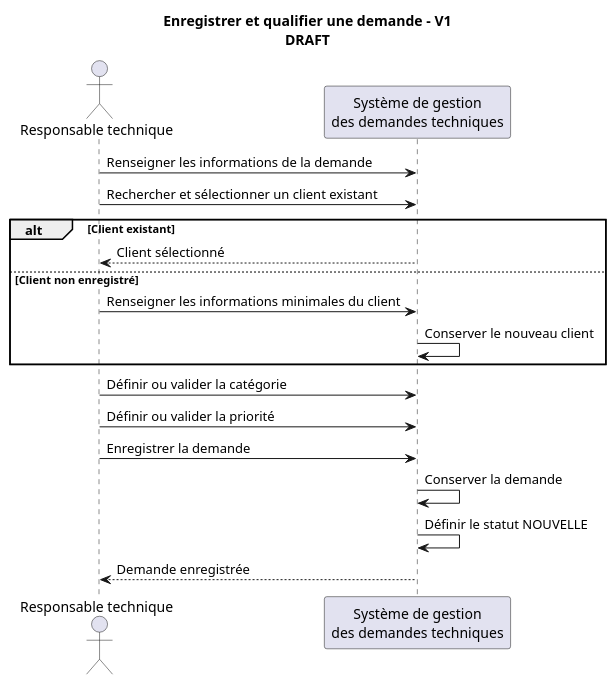
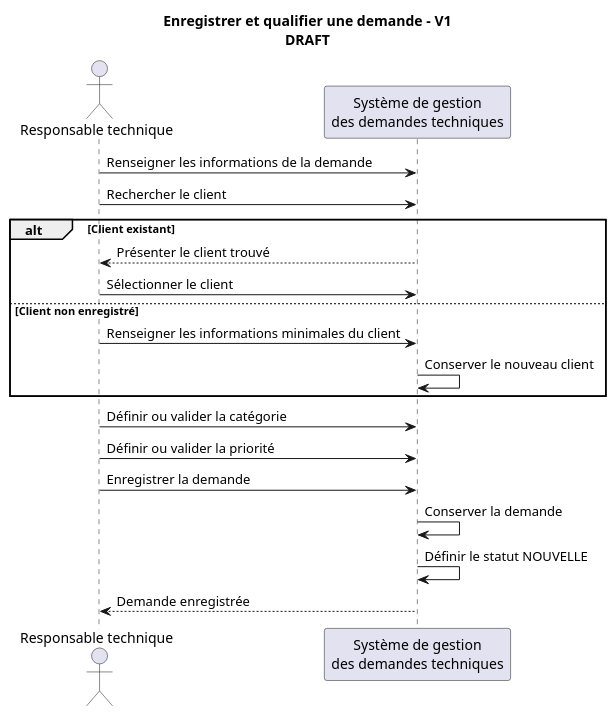
The diagram in docs/uml/sequence/register-qualify-request-v1.puml (akrouty/gestion-demandes-techniques), drawn with PlantUML before and after one commit. The commit also changed 5 other files, not shown here.

Commit message:
uml condition + etat draf diagramme

```diff
--- a/docs/uml/sequence/register-qualify-request-v1.puml
+++ b/docs/uml/sequence/register-qualify-request-v1.puml
@@ -1,26 +1,27 @@
 @startuml
 
 ' Statut : DRAFT
 title Enregistrer et qualifier une demande - V1\nDRAFT
 
 actor "Responsable technique" as RT
 participant "Système de gestion\ndes demandes techniques" as SYSTEM
 
 RT -> SYSTEM : Renseigner les informations de la demande
-RT -> SYSTEM : Rechercher et sélectionner un client existant
+RT -> SYSTEM : Rechercher le client
 
 alt Client existant
-  SYSTEM --> RT : Client sélectionné
+  SYSTEM --> RT : Présenter le client trouvé
+  RT -> SYSTEM : Sélectionner le client
 else Client non enregistré
   RT -> SYSTEM : Renseigner les informations minimales du client
   SYSTEM -> SYSTEM : Conserver le nouveau client
 end
 
 RT -> SYSTEM : Définir ou valider la catégorie
 RT -> SYSTEM : Définir ou valider la priorité
 RT -> SYSTEM : Enregistrer la demande
 SYSTEM -> SYSTEM : Conserver la demande
 SYSTEM -> SYSTEM : Définir le statut NOUVELLE
 SYSTEM --> RT : Demande enregistrée
 
 @enduml
```
